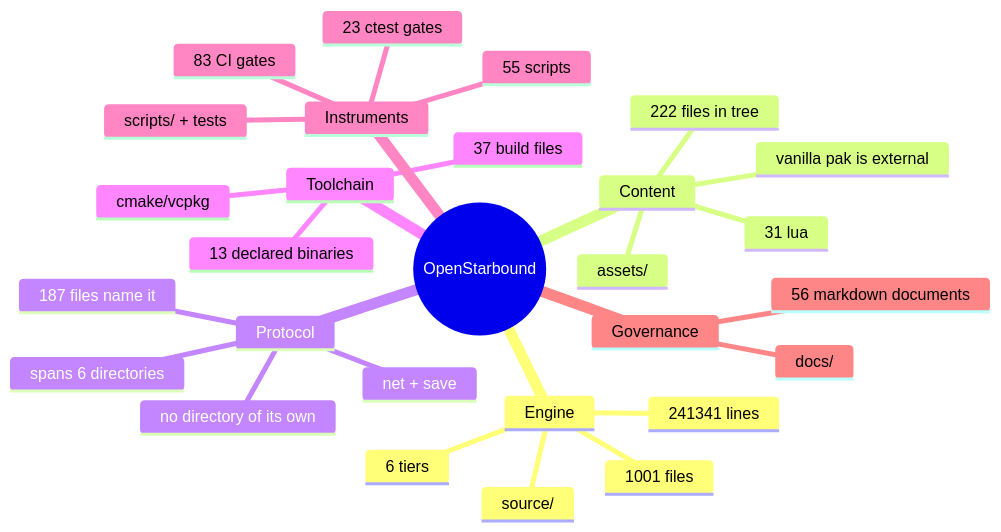
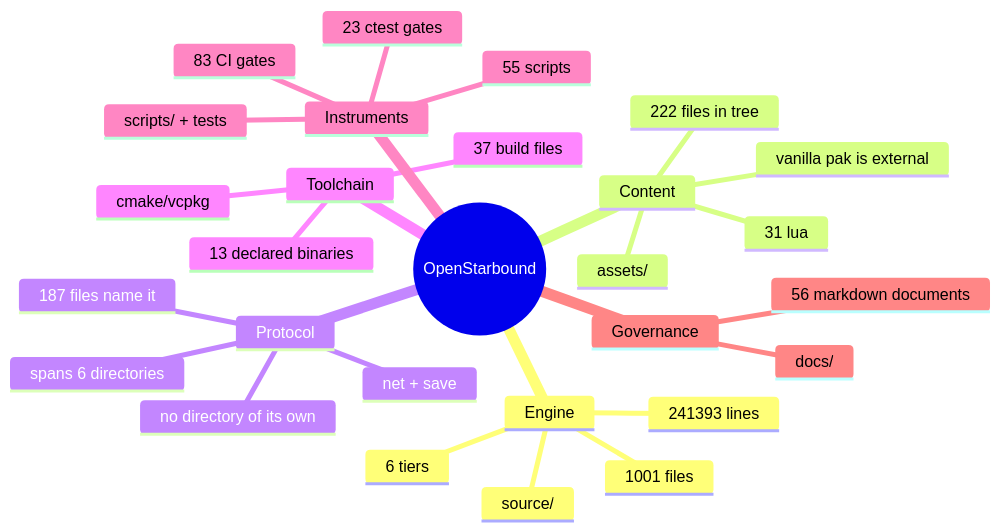
The second of 11 diagrams in docs/architecture/system-boundaries.md (apnex/OpenStarbound), drawn with Mermaid before and after one commit. The commit also changed other lines of this file and 7 other files, not shown here.

````diff
--- a/docs/architecture/system-boundaries.md
+++ b/docs/architecture/system-boundaries.md
@@ -166,31 +166,31 @@
 ```mermaid
 mindmap
   root((OpenStarbound))
     Engine
       source/
       1001 files
-      241341 lines
+      241393 lines
       6 tiers
     Content
       assets/
       222 files in tree
       31 lua
       vanilla pak is external
     Protocol
       net + save
       187 files name it
       spans 6 directories
       no directory of its own
     Toolchain
       cmake/vcpkg
       37 build files
       13 declared binaries
     Instruments
       scripts/ + tests
       55 scripts
       23 ctest gates
       83 CI gates
     Governance
       docs/
       56 markdown documents
 ```
````
